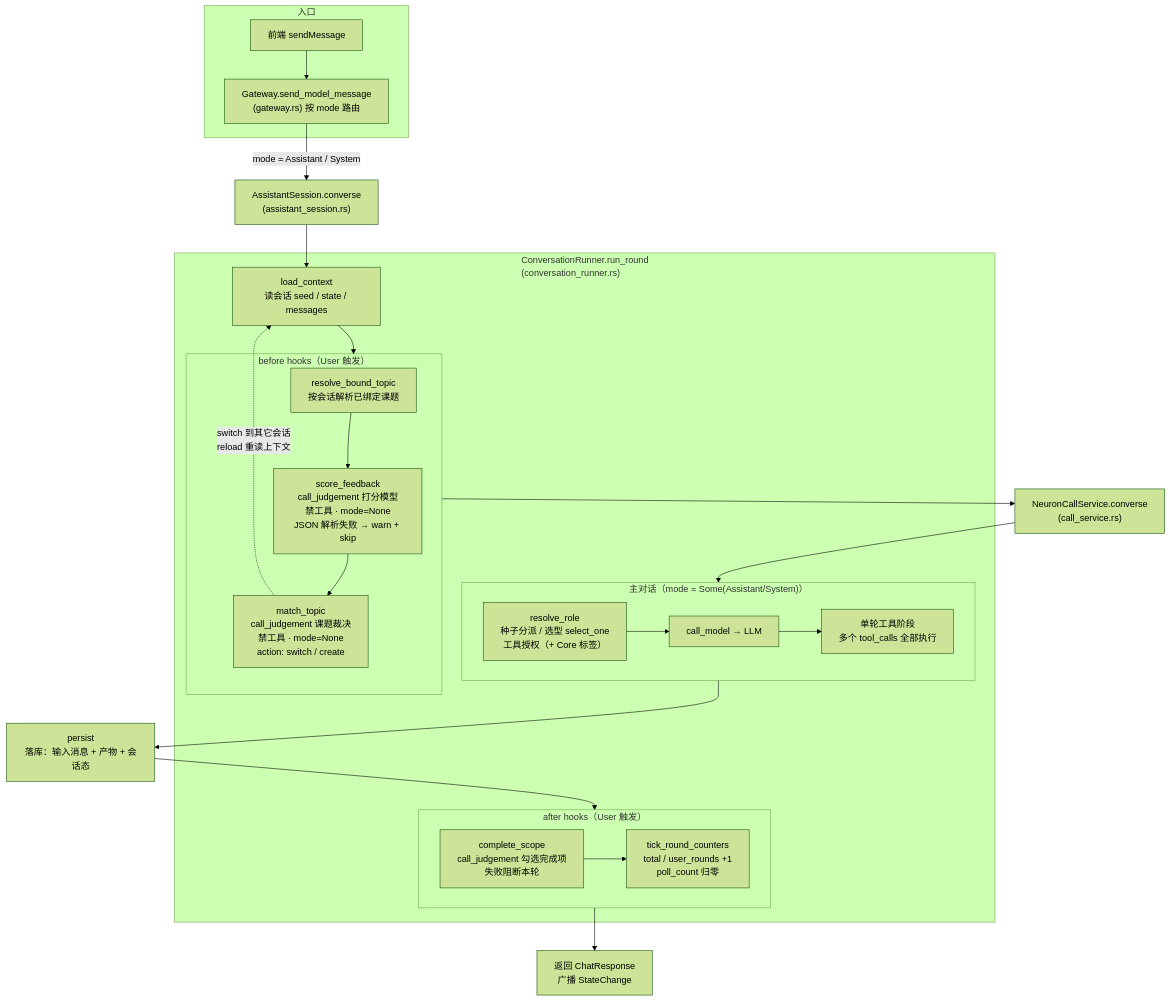
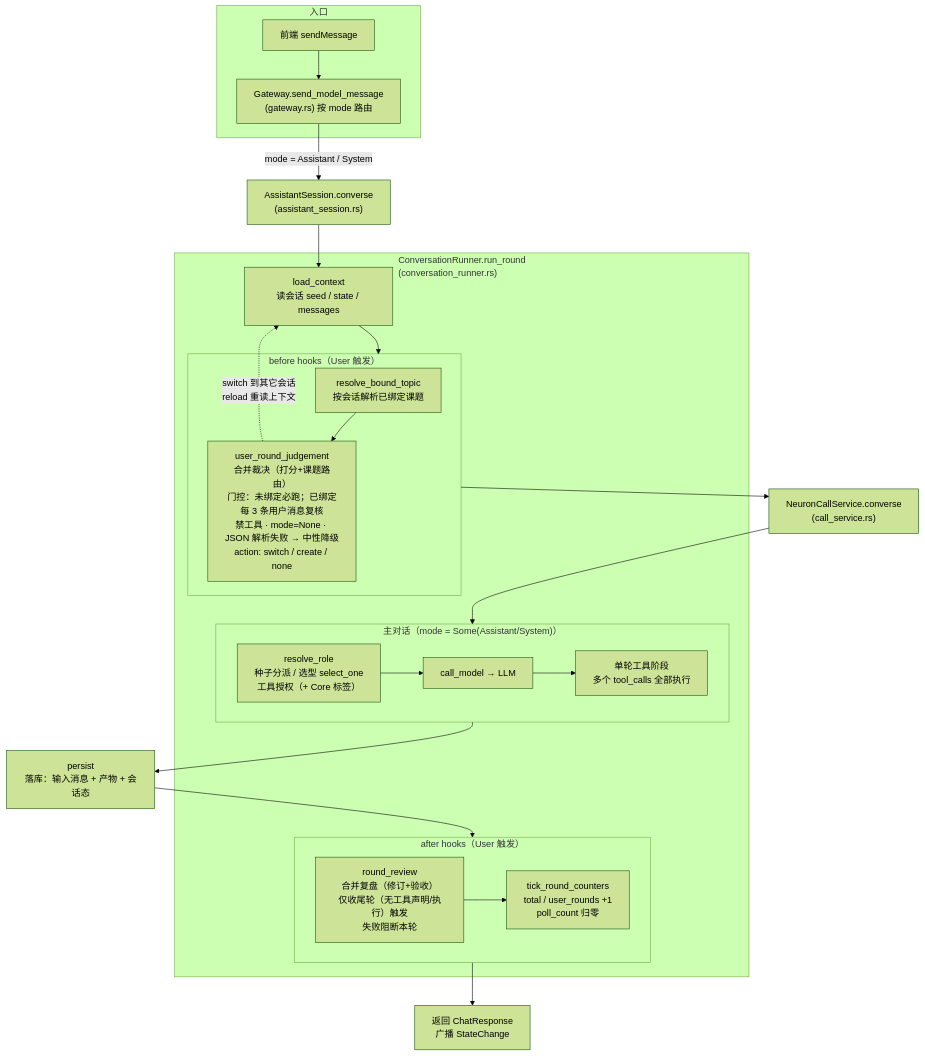
The fourth of 5 diagrams in docs/pulsar/architecture.md (luoanb/new-start), drawn with Mermaid (forest theme) before and after one commit. The commit also changed other lines of this file and 30 other files, not shown here.

````diff
--- a/docs/pulsar/architecture.md
+++ b/docs/pulsar/architecture.md
@@ -264,32 +264,32 @@
 ```mermaid
 flowchart TB
   subgraph ent["入口"]
     UI["前端 sendMessage"] --> GW["Gateway.send_model_message<br/>(gateway.rs) 按 mode 路由"]
   end
   GW -->|"mode = Assistant / System"| CONV["AssistantSession.converse<br/>(assistant_session.rs)"]
 
   subgraph runner["ConversationRunner.run_round<br/>(conversation_runner.rs)"]
     LC["load_context<br/>读会话 seed / state / messages"]
 
     subgraph before["before hooks（User 触发）"]
-      RBT["resolve_bound_topic<br/>按会话解析已绑定课题"] --> SF["score_feedback<br/>call_judgement 打分模型<br/>禁工具 · mode=None<br/>JSON 解析失败 → warn + skip"] --> MT["match_topic<br/>call_judgement 课题裁决<br/>禁工具 · mode=None<br/>action: switch / create"]
+      RBT["resolve_bound_topic<br/>按会话解析已绑定课题"] --> URJ["user_round_judgement<br/>合并裁决（打分+课题路由）<br/>门控：未绑定必跑；已绑定每 3 条用户消息复核<br/>禁工具 · mode=None · JSON 解析失败 → 中性降级<br/>action: switch / create / none"]
     end
 
     subgraph core["主对话（mode = Some(Assistant/System)）"]
       RR["resolve_role<br/>种子分派 / 选型 select_one<br/>工具授权（+ Core 标签）"] --> MC["call_model → LLM"] --> TC["单轮工具阶段<br/>多个 tool_calls 全部执行"]
     end
 
     subgraph after["after hooks（User 触发）"]
-      CMP["complete_scope<br/>call_judgement 勾选完成项<br/>失败阻断本轮"] --> TCK["tick_round_counters<br/>total / user_rounds +1<br/>poll_count 归零"]
+      CMP["round_review<br/>合并复盘（修订+验收）<br/>仅收尾轮（无工具声明/执行）触发<br/>失败阻断本轮"] --> TCK["tick_round_counters<br/>total / user_rounds +1<br/>poll_count 归零"]
     end
   end
 
   CONV --> LC
   LC --> before
   before --> CS["NeuronCallService.converse<br/>(call_service.rs)"]
   CS --> core
   core --> PER["persist<br/>落库：输入消息 + 产物 + 会话态"]
   PER --> after
   after --> RES["返回 ChatResponse<br/>广播 StateChange"]
-  MT -.->|"switch 到其它会话<br/>reload 重读上下文"| LC
+  URJ -.->|"switch 到其它会话<br/>reload 重读上下文"| LC
 ```
````
